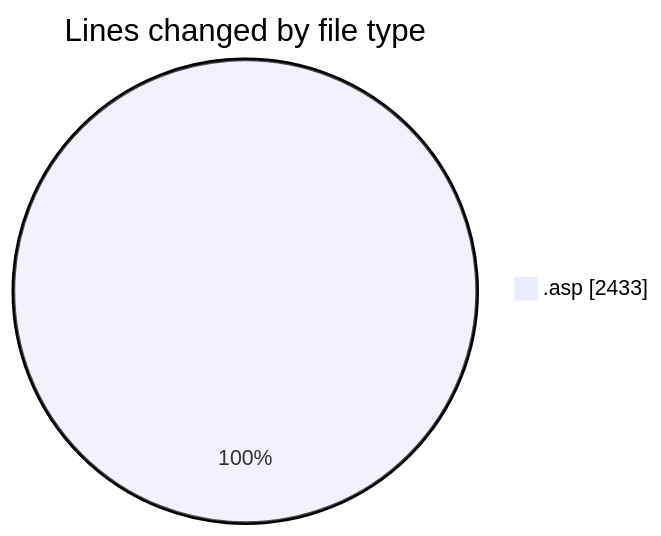
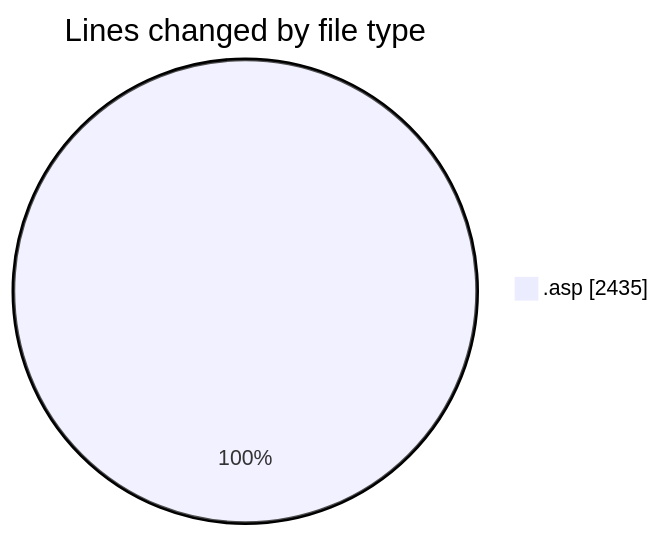
Before and after one commit to julien-gomy/code-tracking: the first of 2 diagrams in 2025-10-24/usr_aleoudev_fr__workspace_/README.md, drawn with Mermaid. The commit also changed other lines of this file and 1 other file, not shown here.

````diff
--- a/2025-10-24/usr_aleoudev_fr__workspace_/README.md
+++ b/2025-10-24/usr_aleoudev_fr__workspace_/README.md
@@ -21,5 +21,5 @@
 ```mermaid
 pie showData
 title Lines changed by file type
-".asp" : 2433
+".asp" : 2435
 ```
````
